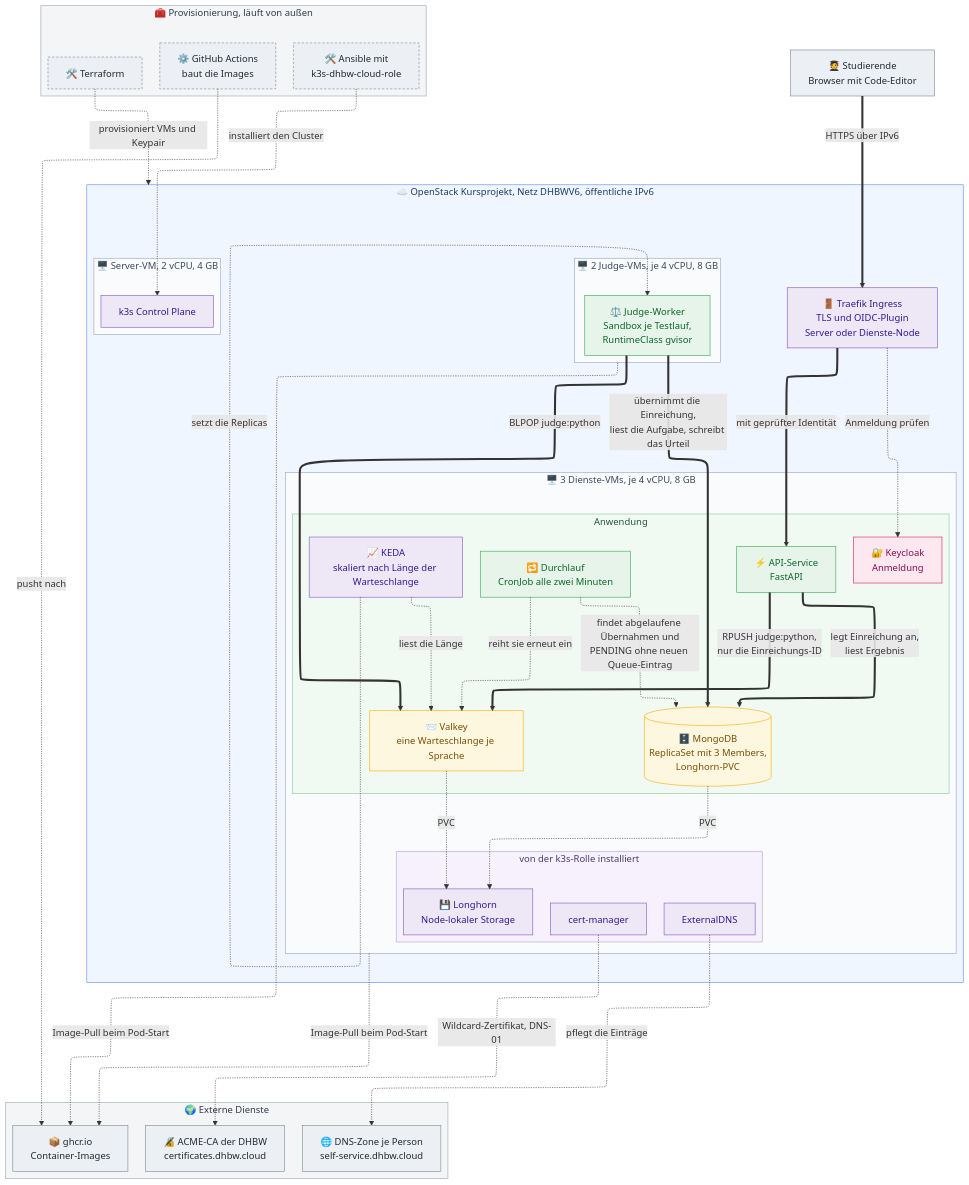
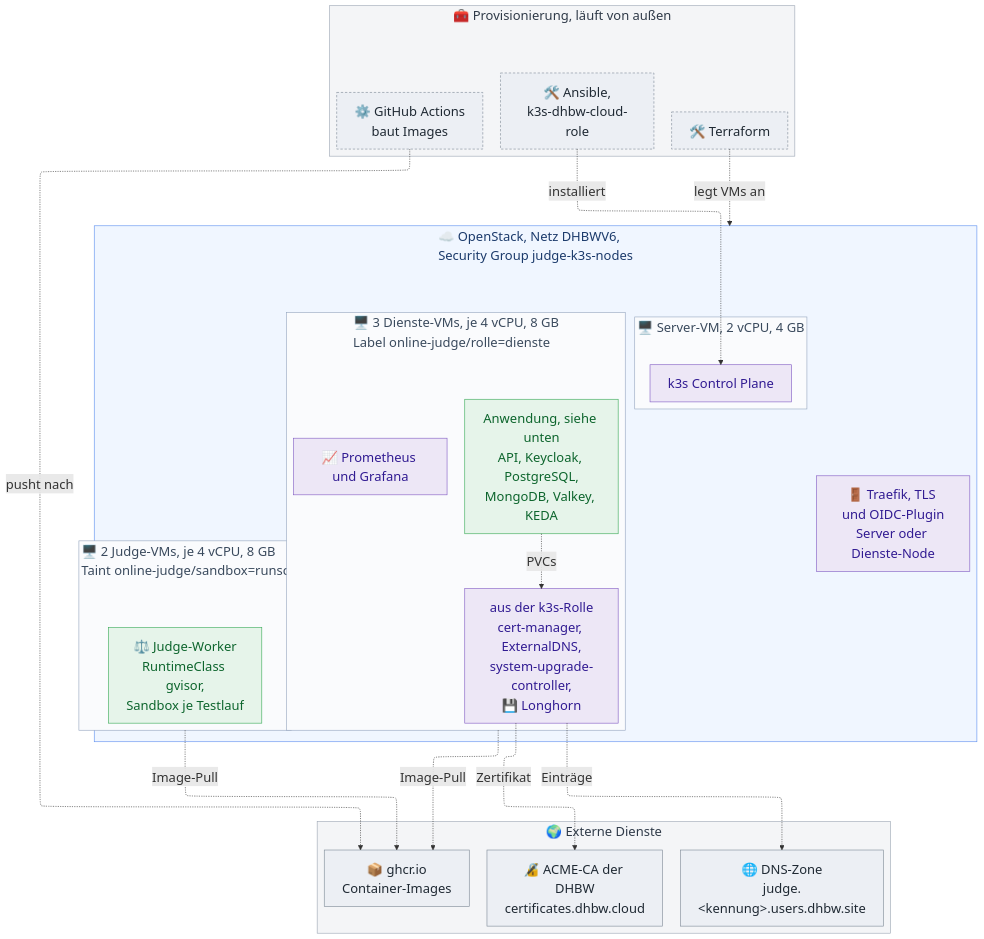
The diagram in docs/diagramme/aufbau.mmd (litithio/Online-Judge-Cloud), drawn with Mermaid before and after one commit. The commit also changed 11 other files, not shown here.

First line of the commit message:
Diagramme: vier Bilder, PostgreSQL, Monitoring und eine Zone

```diff
--- a/docs/diagramme/aufbau.mmd
+++ b/docs/diagramme/aufbau.mmd
@@ -1,95 +1,68 @@
 ---
 # Feste Schrift: mermaid bemisst die Kästen mit der Schrift, die beim
 # Rendern verfügbar ist. Weicht die Anzeigeschrift ab, laufen Texte über
 # die Ränder.
 config:
   # ELK schichtet die Gruppen strikt vertikal und führt Kanten orthogonal.
   # Das Standard-Layout (dagre) verstreute Server-VM und Werkzeuge um den
   # Cluster herum. ELK kann nur der eigene Renderer, nicht GitHub-Mermaid.
   layout: elk
   fontFamily: Arial, Helvetica, sans-serif
+  # Größere Schrift, weil GitHub das Bild auf Spaltenbreite skaliert und
+  # die Kästen mit der Schrift wachsen, die Abstände nicht.
+  themeVariables:
+    fontSize: 22px
 ---
 flowchart TB
-    studierende["🧑‍🎓 Studierende<br/>Browser mit Code-Editor"]
-
     subgraph werkzeuge["🧰 Provisionierung, läuft von außen"]
         tf["🛠️ Terraform"]
-        ansible["🛠️ Ansible mit<br/>k3s-dhbw-cloud-role"]
-        ci["⚙️ GitHub Actions<br/>baut die Images"]
+        ansible["🛠️ Ansible,<br/>k3s-dhbw-cloud-role"]
+        ci["⚙️ GitHub Actions<br/>baut Images"]
     end
 
-    subgraph openstack["☁️ OpenStack Kursprojekt, Netz DHBWV6, öffentliche IPv6"]
-        traefik["🚪 Traefik Ingress<br/>TLS und OIDC-Plugin<br/>Server oder Dienste-Node"]
+    subgraph openstack["☁️ OpenStack, Netz DHBWV6,<br/>Security Group judge-k3s-nodes"]
+        traefik["🚪 Traefik, TLS und OIDC-Plugin<br/>Server oder Dienste-Node"]
         subgraph server["🖥️ Server-VM, 2 vCPU, 4 GB"]
             cp["k3s Control Plane"]
         end
-        subgraph dienste["🖥️ 3 Dienste-VMs, je 4 vCPU, 8 GB"]
-            subgraph rolle["von der k3s-Rolle installiert"]
-                certm["cert-manager"]
-                extdns["ExternalDNS"]
-                longhorn["💾 Longhorn<br/>Node-lokaler Storage"]
-            end
-            subgraph app["Anwendung"]
-                keycloak["🔐 Keycloak<br/>Anmeldung"]
-                api["⚡ API-Service<br/>FastAPI"]
-                valkey["📨 Valkey<br/>eine Warteschlange je Sprache"]
-                keda["📈 KEDA<br/>skaliert nach Länge der Warteschlange"]
-                durchlauf["🔁 Durchlauf<br/>CronJob alle zwei Minuten"]
-                mongo[("🗄️ MongoDB<br/>ReplicaSet mit 3 Members,<br/>Longhorn-PVC")]
-            end
+        subgraph dienste["🖥️ 3 Dienste-VMs, je 4 vCPU, 8 GB<br/>Label online-judge/rolle=dienste"]
+            app["Anwendung, siehe unten<br/>API, Keycloak, PostgreSQL,<br/>MongoDB, Valkey, KEDA"]
+            monitoring["📈 Prometheus und Grafana"]
+            rolle["aus der k3s-Rolle<br/>cert-manager, ExternalDNS,<br/>system-upgrade-controller,<br/>💾 Longhorn"]
         end
-        subgraph judgenodes["🖥️ 2 Judge-VMs, je 4 vCPU, 8 GB"]
-            judge["⚖️ Judge-Worker<br/>Sandbox je Testlauf,<br/>RuntimeClass gvisor"]
+        subgraph judgenodes["🖥️ 2 Judge-VMs, je 4 vCPU, 8 GB<br/>Taint online-judge/sandbox=runsc"]
+            judge["⚖️ Judge-Worker<br/>RuntimeClass gvisor,<br/>Sandbox je Testlauf"]
         end
     end
 
     subgraph umgebung["🌍 Externe Dienste"]
-        dns["🌐 DNS-Zone je Person<br/>self-service.dhbw.cloud"]
+        dns["🌐 DNS-Zone<br/>judge.&lt;kennung&gt;.users.dhbw.site"]
         ca["🔏 ACME-CA der DHBW<br/>certificates.dhbw.cloud"]
         ghcr["📦 ghcr.io<br/>Container-Images"]
     end
 
-    studierende ==>|"HTTPS über IPv6"| traefik
-    traefik -.->|"Anmeldung prüfen"| keycloak
-    traefik ==>|"mit geprüfter Identität"| api
-    api ==>|"RPUSH judge:python,<br/>nur die Einreichungs-ID"| valkey
-    judge ==>|"BLPOP judge:python"| valkey
-    judge ==>|"übernimmt die Einreichung,<br/>liest die Aufgabe, schreibt das Urteil"| mongo
-    api ==>|"legt Einreichung an,<br/>liest Ergebnis"| mongo
-    keda -.->|"liest die Länge"| valkey
-    keda -.->|"setzt die Replicas"| judge
-    durchlauf -.->|"findet abgelaufene Übernahmen und<br/>PENDING ohne neuen Queue-Eintrag"| mongo
-    durchlauf -.->|"reiht sie erneut ein"| valkey
-
-    tf -.->|"provisioniert VMs und Keypair"| openstack
-    ansible -.->|"installiert den Cluster"| cp
+    tf -.->|"legt VMs an"| openstack
+    ansible -.->|"installiert"| cp
     ci -.->|"pusht nach"| ghcr
-    dienste -.->|"Image-Pull beim Pod-Start"| ghcr
-    judgenodes -.->|"Image-Pull beim Pod-Start"| ghcr
-    mongo -.->|"PVC"| longhorn
-    valkey -.->|"PVC"| longhorn
-    extdns -.->|"pflegt die Einträge"| dns
-    certm -.->|"Wildcard-Zertifikat, DNS-01"| ca
+    dienste -.->|"Image-Pull"| ghcr
+    judgenodes -.->|"Image-Pull"| ghcr
+    app -.->|"PVCs"| rolle
+    rolle -.->|"Einträge"| dns
+    rolle -.->|"Zertifikat"| ca
 
     classDef extern fill:#eceff4,stroke:#7b8794,color:#1f2933
     classDef werkzeug fill:#eceff4,stroke:#7b8794,color:#1f2933,stroke-dasharray:4 3
     classDef plattform fill:#ede7f6,stroke:#7e57c2,color:#311b92
     classDef anwendung fill:#e6f4ea,stroke:#34a853,color:#0d652d
-    classDef daten fill:#fef7e0,stroke:#f9ab00,color:#7a4f01
-    classDef auth fill:#fde8ef,stroke:#d81b60,color:#880e4f
 
-    class studierende,dns,ca,ghcr extern
+    class dns,ca,ghcr extern
     class tf,ansible,ci werkzeug
-    class cp,traefik,certm,extdns,longhorn,keda plattform
-    class api,judge,durchlauf anwendung
-    class valkey,mongo daten
-    class keycloak auth
+    class cp,traefik,rolle,monitoring plattform
+    class app,judge anwendung
 
     style werkzeuge fill:#f4f5f7,stroke:#9aa4b2,color:#2f3a48
     style umgebung fill:#f4f5f7,stroke:#9aa4b2,color:#2f3a48
     style openstack fill:#f0f6ff,stroke:#5b8def,color:#1b3a6b
     style server fill:#fafbfd,stroke:#93a4bd,color:#3a4a5d
     style dienste fill:#fafbfd,stroke:#93a4bd,color:#3a4a5d
     style judgenodes fill:#fafbfd,stroke:#93a4bd,color:#3a4a5d
-    style rolle fill:#f6f1fc,stroke:#b39ddb,color:#4a3a7a
-    style app fill:#f0faf3,stroke:#81c995,color:#1e5b3a
```
